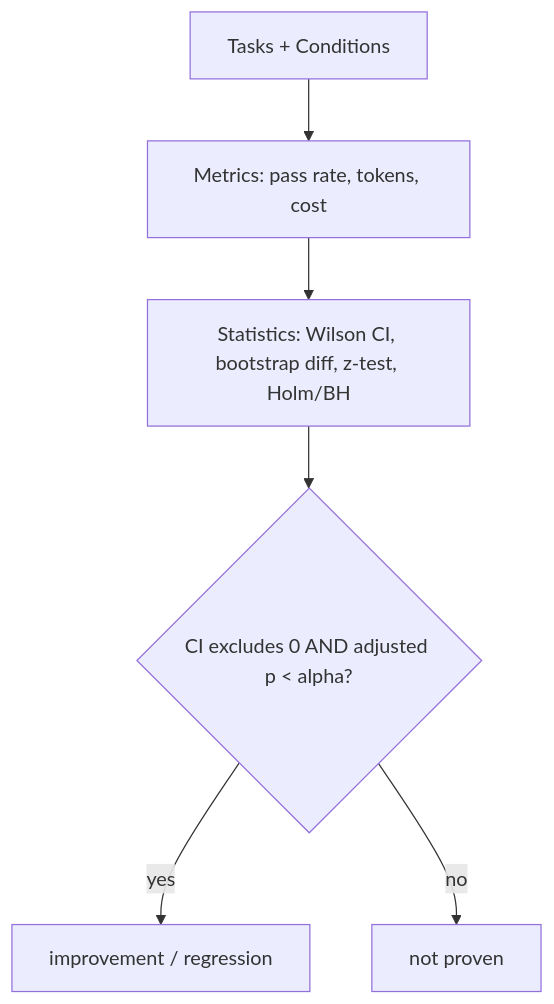
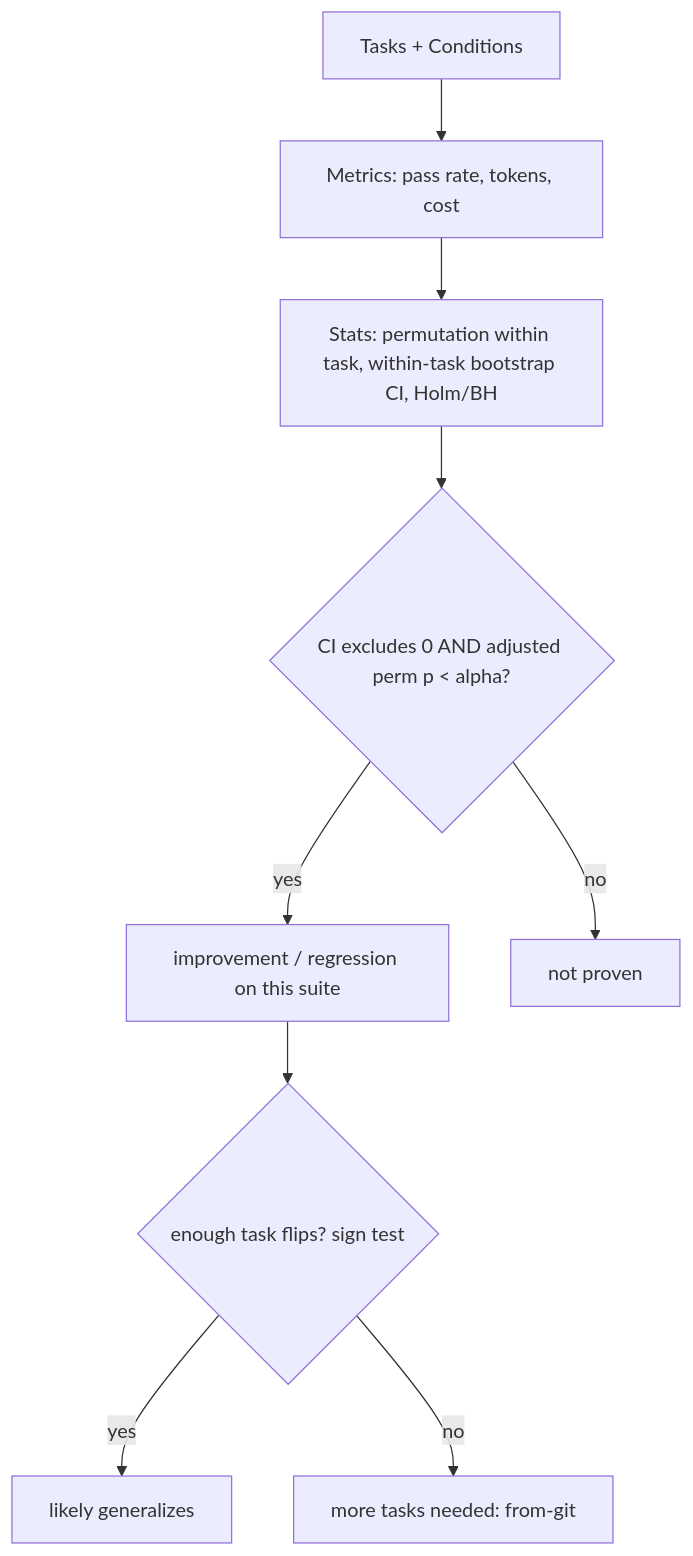
Before and after one commit to Galou3/cc-bench: the second of 2 diagrams in README.md, drawn with Mermaid. The commit also changed other lines of this file and 10 other files, not shown here.

````diff
--- a/README.md
+++ b/README.md
@@ -106,8 +110,11 @@
 ```mermaid
 flowchart TD
   D[Tasks + Conditions] --> M[Metrics: pass rate, tokens, cost]
-  M --> S[Statistics: Wilson CI, bootstrap diff, z-test, Holm/BH]
-  S --> V{CI excludes 0 AND adjusted p < alpha?}
-  V -->|yes| W[improvement / regression]
+  M --> S[Stats: permutation within task, within-task bootstrap CI, Holm/BH]
+  S --> V{CI excludes 0 AND adjusted perm p < alpha?}
+  V -->|yes| W[improvement / regression on this suite]
   V -->|no| N[not proven]
+  W --> G{enough task flips? sign test}
+  G -->|yes| Y[likely generalizes]
+  G -->|no| K[more tasks needed: from-git]
 ```
````
